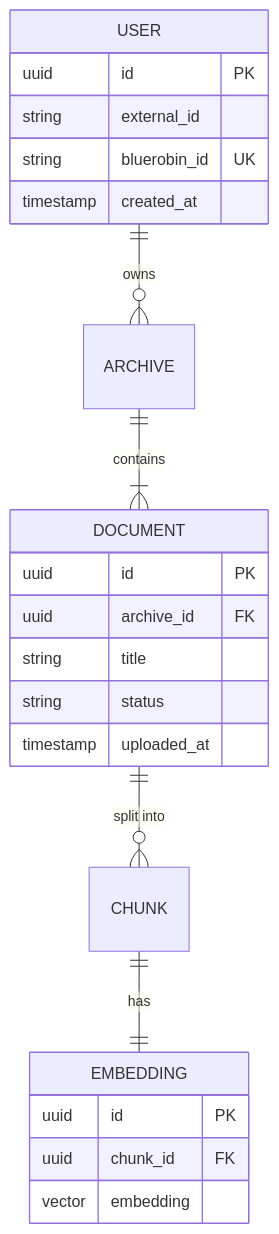
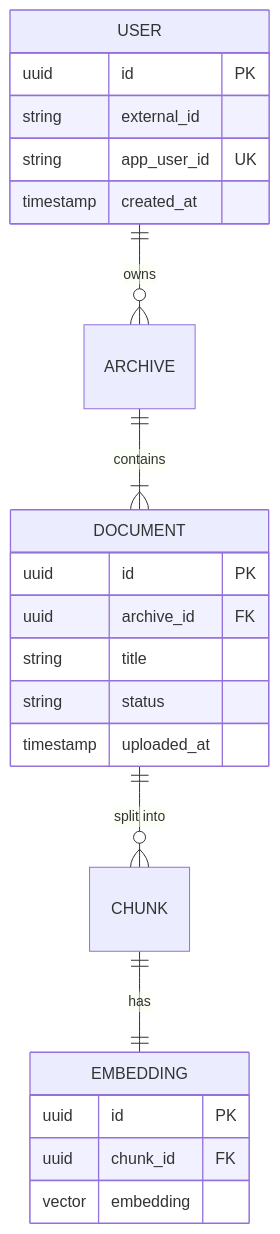
Before and after one commit to viktorrobin/bluerobin-blog: the tenth of 16 diagrams in src/content/blog/mermaid-diagrams-technical-documentation.mdx, drawn with Mermaid. The commit also changed other lines of this file and 111 other files, not shown here.

````diff
--- a/src/content/blog/mermaid-diagrams-technical-documentation.mdx
+++ b/src/content/blog/mermaid-diagrams-technical-documentation.mdx
@@ -241,28 +241,28 @@
 ```mermaid
 erDiagram
     USER ||--o{ ARCHIVE : owns
     ARCHIVE ||--|{ DOCUMENT : contains
     DOCUMENT ||--o{ CHUNK : "split into"
     CHUNK ||--|| EMBEDDING : has
     
     USER {
         uuid id PK
         string external_id
-        string bluerobin_id UK
+        string app_user_id UK
         timestamp created_at
     }
     
     DOCUMENT {
         uuid id PK
         uuid archive_id FK
         string title
         string status
         timestamp uploaded_at
     }
     
     EMBEDDING {
         uuid id PK
         uuid chunk_id FK
         vector embedding
     }
 ```
````
